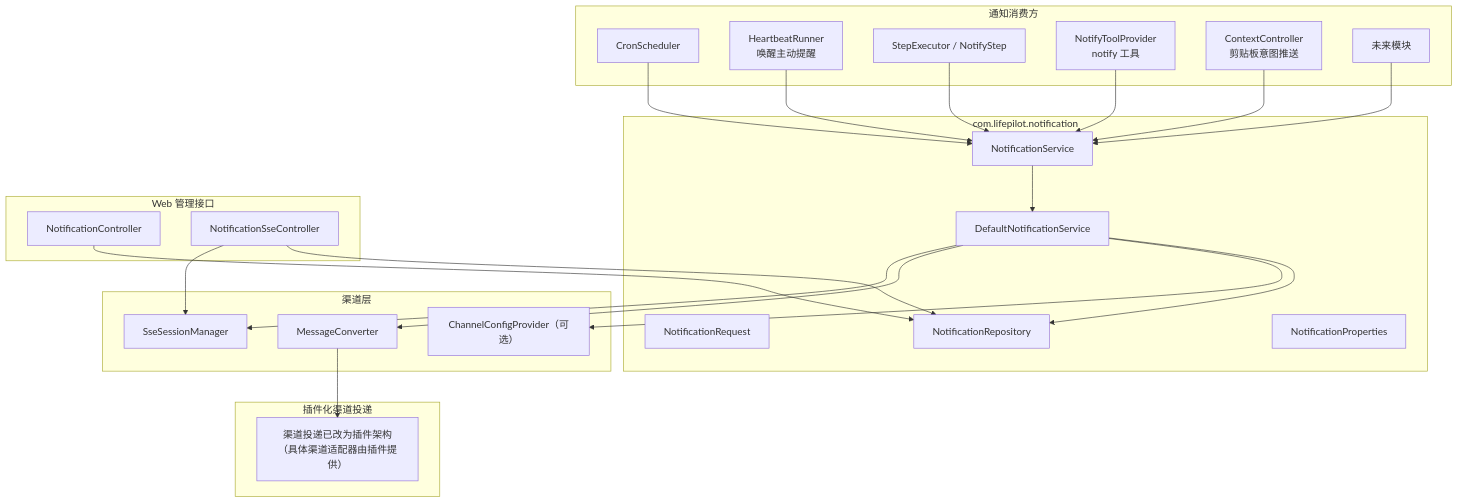
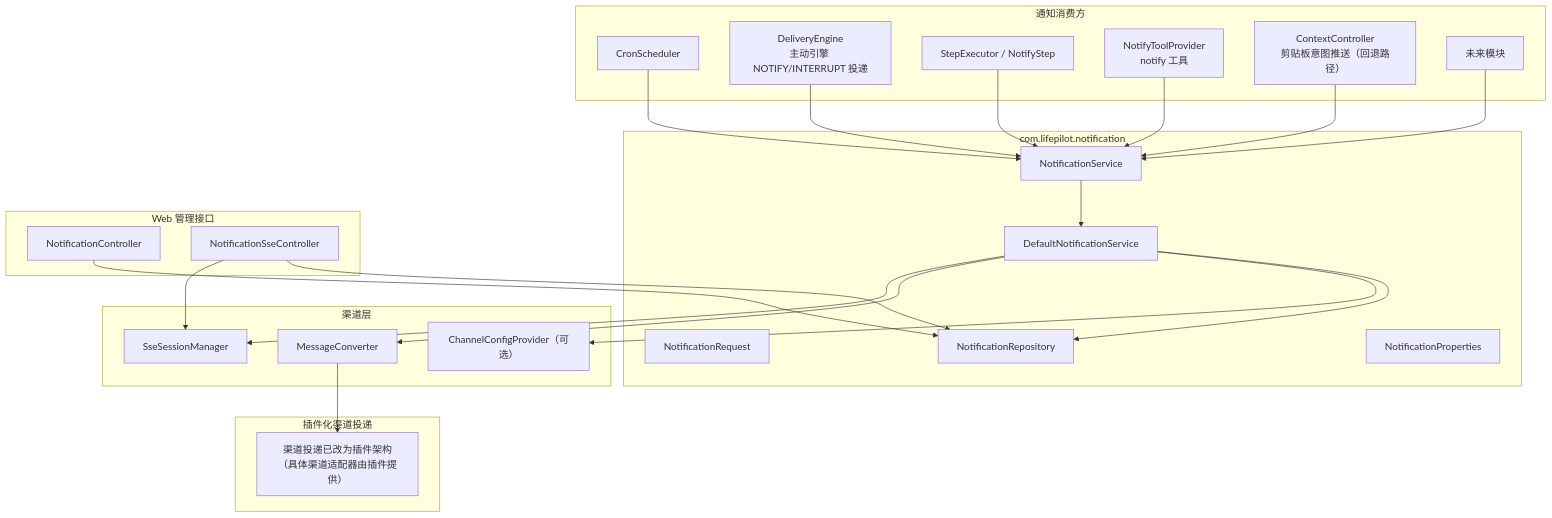
Before and after one commit to ntygod/LifePilot: the first of 2 diagrams in docs/architecture/notification.md, drawn with Mermaid. The commit also changed other lines of this file and 22 other files, not shown here.

````diff
--- a/docs/architecture/notification.md
+++ b/docs/architecture/notification.md
@@ -23,51 +23,51 @@
 ```mermaid
 graph TB
     subgraph "通知消费方"
         CRON["CronScheduler"]
-        HEARTBEAT["HeartbeatRunner<br/>唤醒主动提醒"]
+        PROACTIVE["DeliveryEngine<br/>主动引擎 NOTIFY/INTERRUPT 投递"]
         WF["StepExecutor / NotifyStep"]
         META["NotifyToolProvider<br/>notify 工具"]
-        CTX_CTRL["ContextController<br/>剪贴板意图推送"]
+        CTX_CTRL["ContextController<br/>剪贴板意图推送（回退路径）"]
         FUTURE["未来模块"]
     end
 
     subgraph "com.lifepilot.notification"
         NS["NotificationService"]
         IMPL["DefaultNotificationService"]
         NR["NotificationRequest"]
         REPO["NotificationRepository"]
         PROPS["NotificationProperties"]
     end
 
     subgraph "渠道层"
         CFG["ChannelConfigProvider（可选）"]
         MC["MessageConverter"]
         SSE["SseSessionManager"]
     end
 
     subgraph "插件化渠道投递"
         PLUGIN_NOTE["渠道投递已改为插件架构<br/>（具体渠道适配器由插件提供）"]
     end
 
     subgraph "Web 管理接口"
         NC["NotificationController"]
         NSC["NotificationSseController"]
     end
 
     CRON --> NS
-    HEARTBEAT --> NS
+    PROACTIVE --> NS
     WF --> NS
     META --> NS
     CTX_CTRL --> NS
     FUTURE --> NS
 
     NS --> IMPL
     IMPL --> REPO
     IMPL --> CFG
     IMPL --> MC
     MC --> PLUGIN_NOTE
     IMPL --> SSE
     NC --> REPO
     NSC --> REPO
     NSC --> SSE
 ```
````
